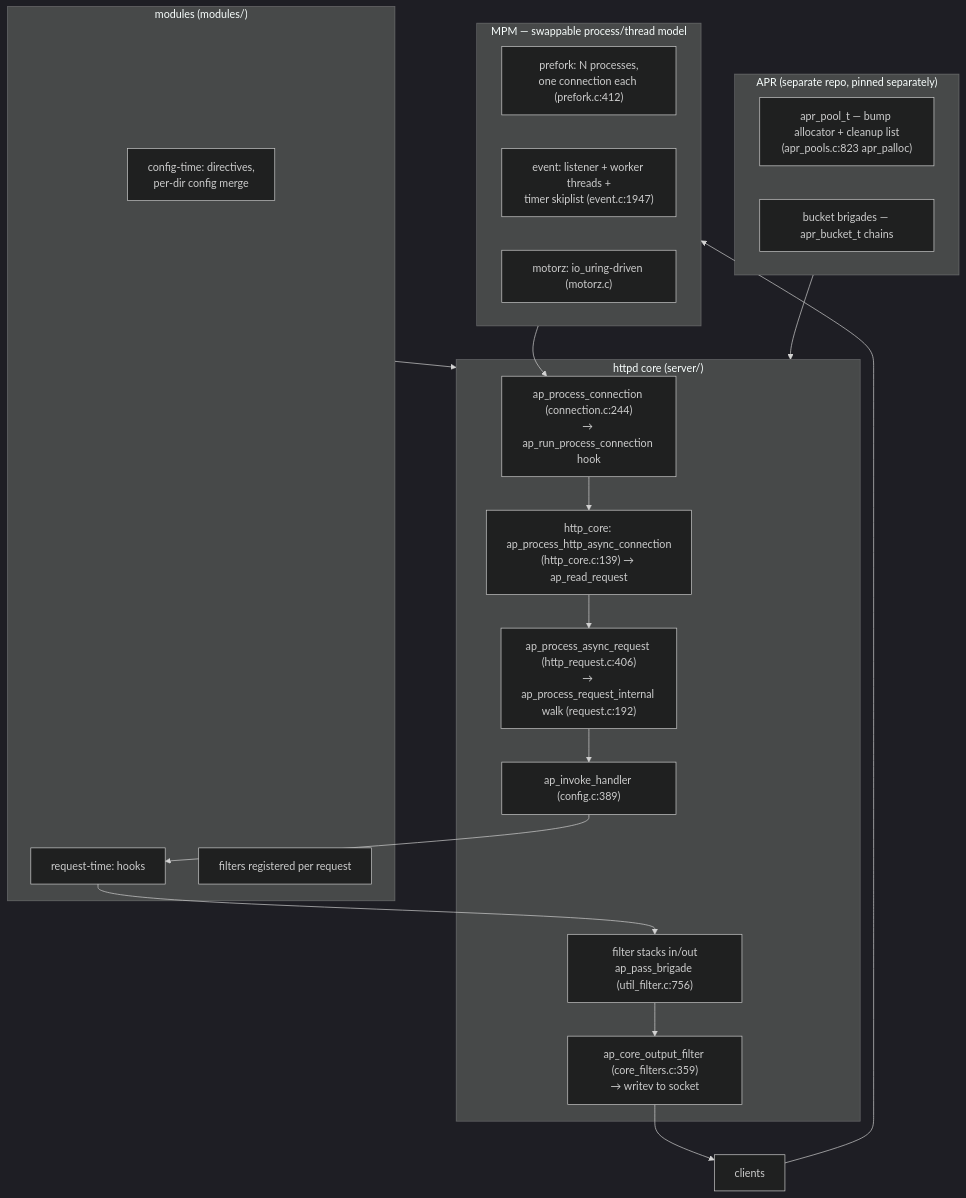
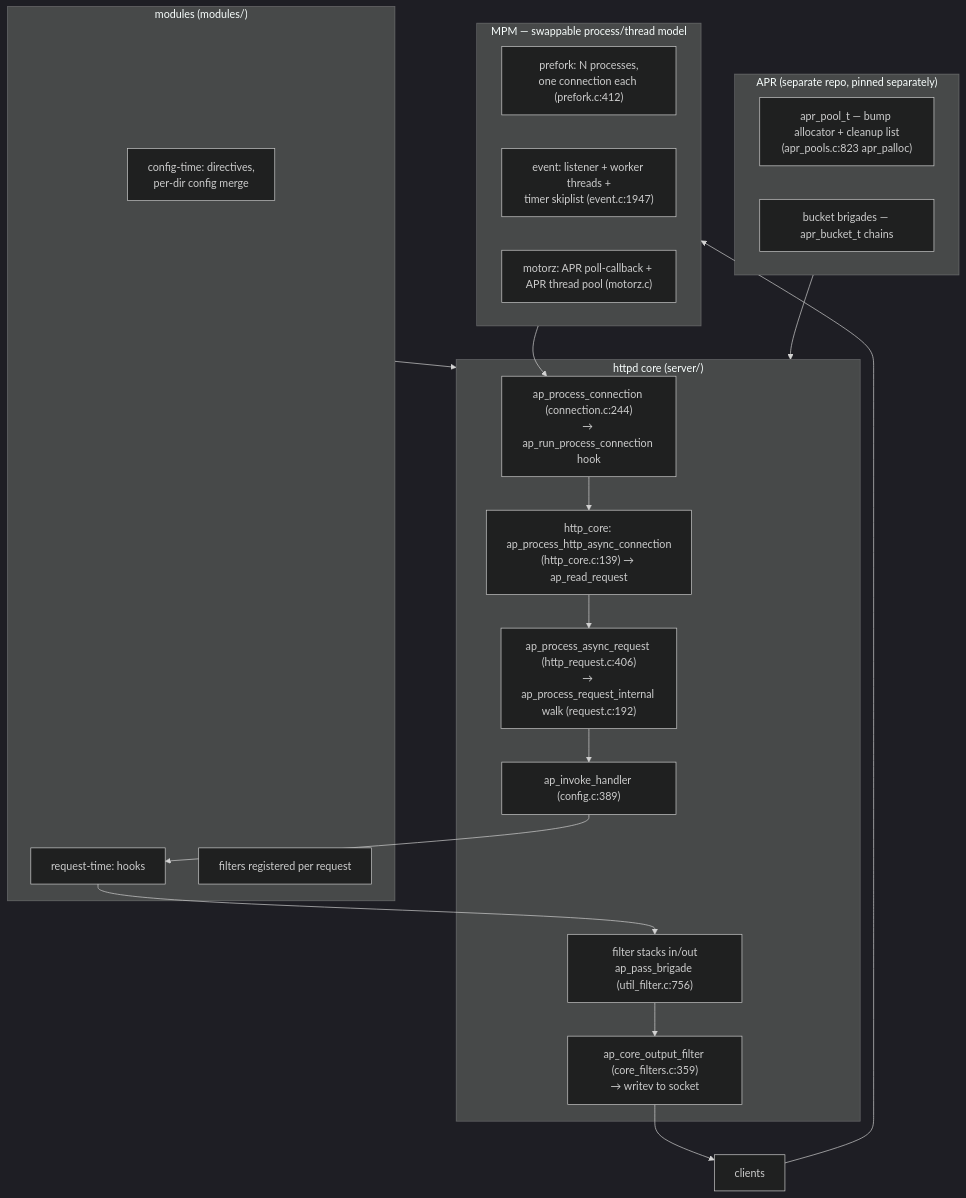
One commit to acailic/system-design-atlas changed the first of 3 diagrams in deep-dives/httpd.md. Above: the diagram before and after it, drawn with Mermaid (dark theme). The commit also changed other lines of this file and 1 other file, not shown here.

Commit message:
no-mistakes(review): httpd: describe motorz per MOTORZ.README, not io_uring

````diff
--- a/deep-dives/httpd.md
+++ b/deep-dives/httpd.md
@@ -46,34 +46,34 @@
 ```mermaid
 flowchart TD
     subgraph apr["APR (separate repo, pinned separately)"]
         POOLS["apr_pool_t — bump allocator + cleanup list<br/>(apr_pools.c:823 apr_palloc)"]
         BUCKETS["bucket brigades — apr_bucket_t chains"]
     end
 
     subgraph mpm["MPM — swappable process/thread model"]
         P1["prefork: N processes,<br/>one connection each (prefork.c:412)"]
         P2["event: listener + worker threads +<br/>timer skiplist (event.c:1947)"]
-        P3["motorz: io_uring-driven (motorz.c)"]
+        P3["motorz: APR poll-callback + APR thread pool (motorz.c)"]
     end
 
     subgraph core["httpd core (server/)"]
         CONN["ap_process_connection (connection.c:244)<br/>→ ap_run_process_connection hook"]
         HTTPC["http_core: ap_process_http_async_connection<br/>(http_core.c:139) → ap_read_request"]
         REQ["ap_process_async_request (http_request.c:406)<br/>→ ap_process_request_internal walk (request.c:192)"]
         INV["ap_invoke_handler (config.c:389)"]
         FILTERS["filter stacks in/out<br/>ap_pass_brigade (util_filter.c:756)"]
         COREOUT["ap_core_output_filter (core_filters.c:359)<br/>→ writev to socket"]
     end
 
     subgraph mods["modules (modules/)"]
         M1["config-time: directives,<br/>per-dir config merge"]
         M2["request-time: hooks"]
         M3["filters registered per request"]
     end
 
     MPM_C["clients"] --> mpm --> CONN --> HTTPC --> REQ --> INV
     INV --> M2
     M2 --> FILTERS --> COREOUT --> MPM_C
     mods --> core
     apr --> core
 ```
````
